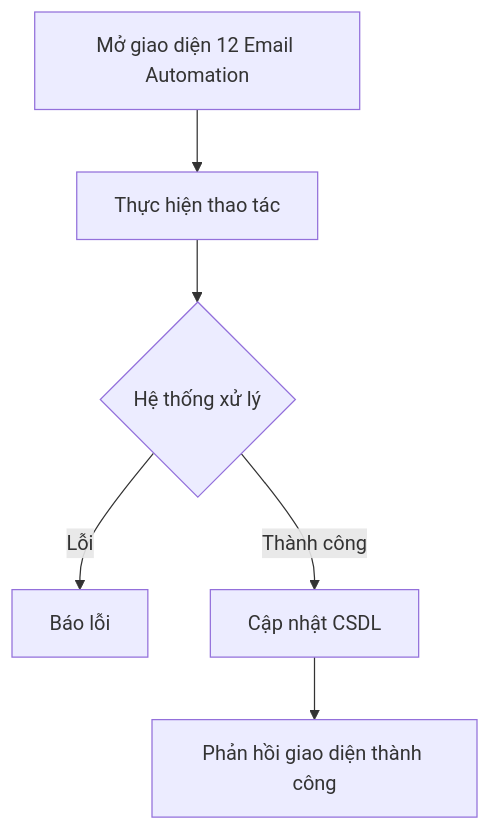
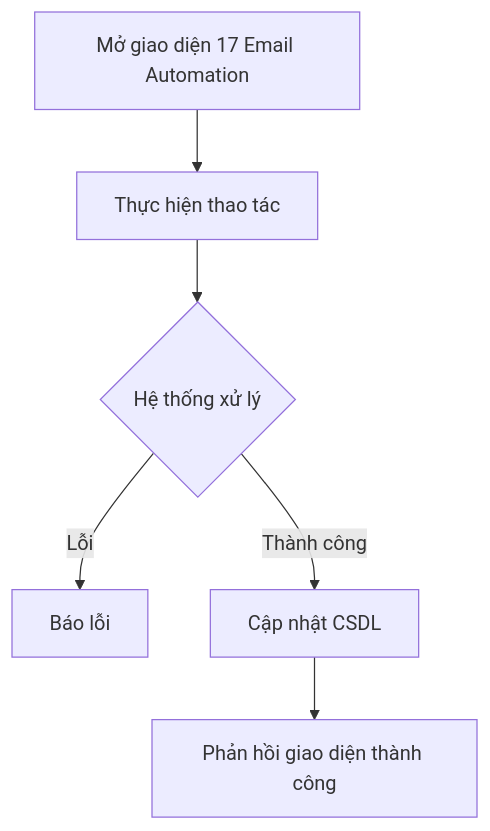
Before and after one commit to VanHaPtit/EasyTech_FE: the diagram in nghiep_vu/epic-04_Pipeline_Automation/user-story-17_Email_Automation/user-story.md, drawn with Mermaid. The commit also changed other lines of this file and 31 other files, not shown here.

````diff
--- a/nghiep_vu/epic-04_Pipeline_Automation/user-story-17_Email_Automation/user-story.md
+++ b/nghiep_vu/epic-04_Pipeline_Automation/user-story-17_Email_Automation/user-story.md
@@ -11,8 +11,8 @@
 ```mermaid
 graph TD
-    A[Mở giao diện 12 Email Automation] --> B[Thực hiện thao tác]
+    A[Mở giao diện 17 Email Automation] --> B[Thực hiện thao tác]
     B --> C{Hệ thống xử lý}
     C -- Lỗi --> D[Báo lỗi]
     C -- Thành công --> E[Cập nhật CSDL]
     E --> F[Phản hồi giao diện thành công]
 ```
````
